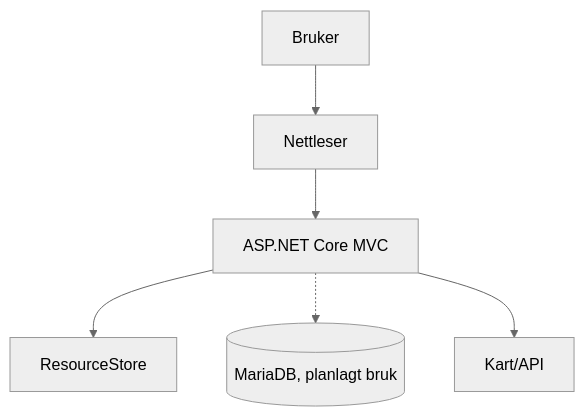
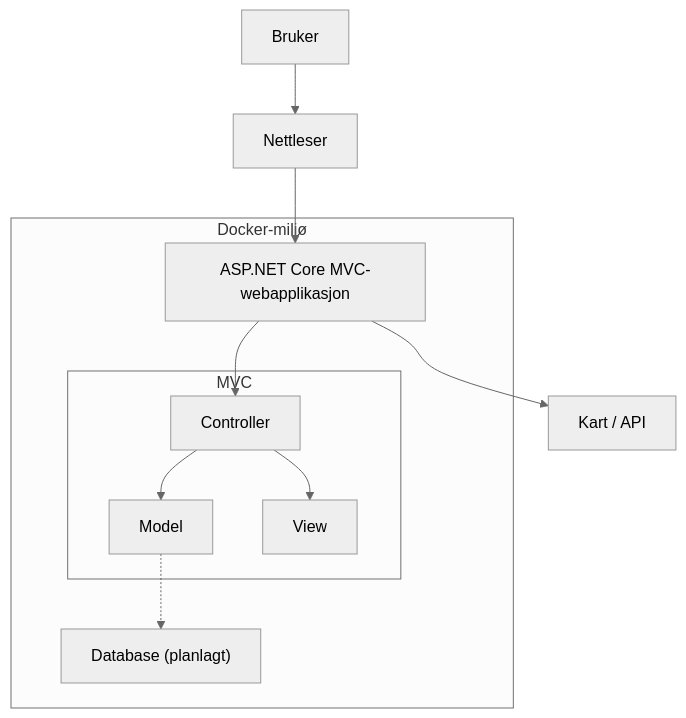
One commit to IS99NotFound/H-st-2026-Gruppe-1 changed the diagram in README.md. Above: the diagram before and after it, drawn with Mermaid (neutral theme). The commit also changed other lines of this file, not shown here.

Commit message:
fjern README-endringer som allerede er i main

````diff
--- a/README.md
+++ b/README.md
@@ -68,8 +25,25 @@
 ```mermaid
 flowchart TD
-    User[Bruker] --> Browser[Nettleser]
-    Browser --> Web[ASP.NET Core MVC]
-    Web --> Store[ResourceStore]
-    Web -.-> Database[(MariaDB, planlagt bruk)]
-    Web --> Map[Kart/API]
-```
+    Bruker["Bruker"] --> Nettleser["Nettleser"]
+
+    subgraph Docker["Docker-miljø"]
+        App["ASP.NET Core MVC-webapplikasjon"]
+
+        subgraph MVC["MVC"]
+            Controller["Controller"]
+            Model["Model"]
+            View["View"]
+        end
+
+        Database["Database (planlagt)"]
+
+        App --> Controller
+        Controller --> Model
+        Controller --> View
+        Model -.-> Database
+    end
+
+    Nettleser --> App
+
+    App --> KartAPI["Kart / API"]
+``` 
````
